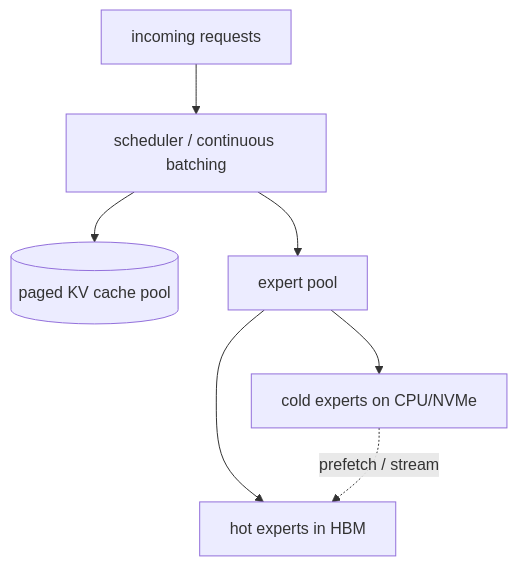
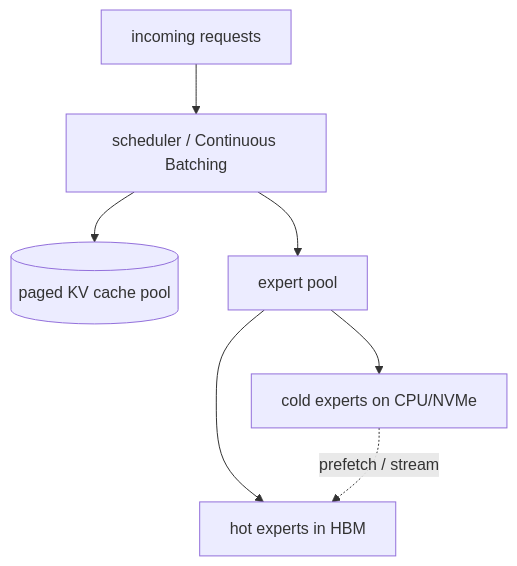
Before and after one commit to youyun8/deep-kernel-handbook: the diagram in docs/moe/inference-serving.md, drawn with Mermaid. The commit also changed other lines of this file and 24 other files, not shown here.

````diff
--- a/docs/moe/inference-serving.md
+++ b/docs/moe/inference-serving.md
@@ -85,9 +85,9 @@
 ```mermaid
 flowchart TD
-    req[incoming requests] --> sched[scheduler / continuous batching]
+    req[incoming requests] --> sched[scheduler / Continuous Batching]
     sched --> kv[(paged KV cache pool)]
     sched --> ep[expert pool]
     ep --> hot[hot experts in HBM]
     ep --> cold[cold experts on CPU/NVMe]
     cold -.prefetch / stream.-> hot
 ```
````
